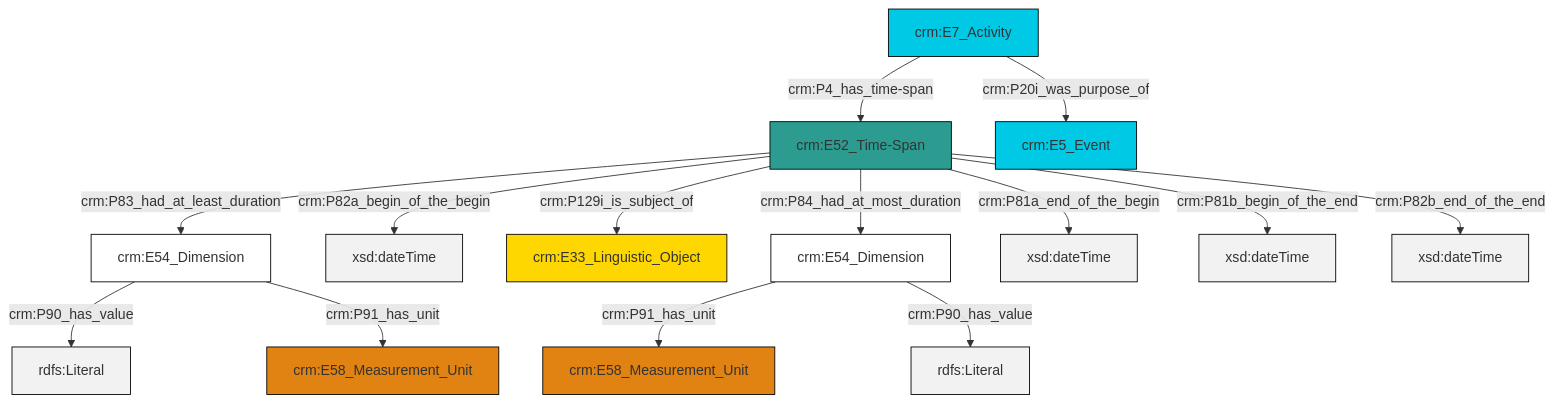
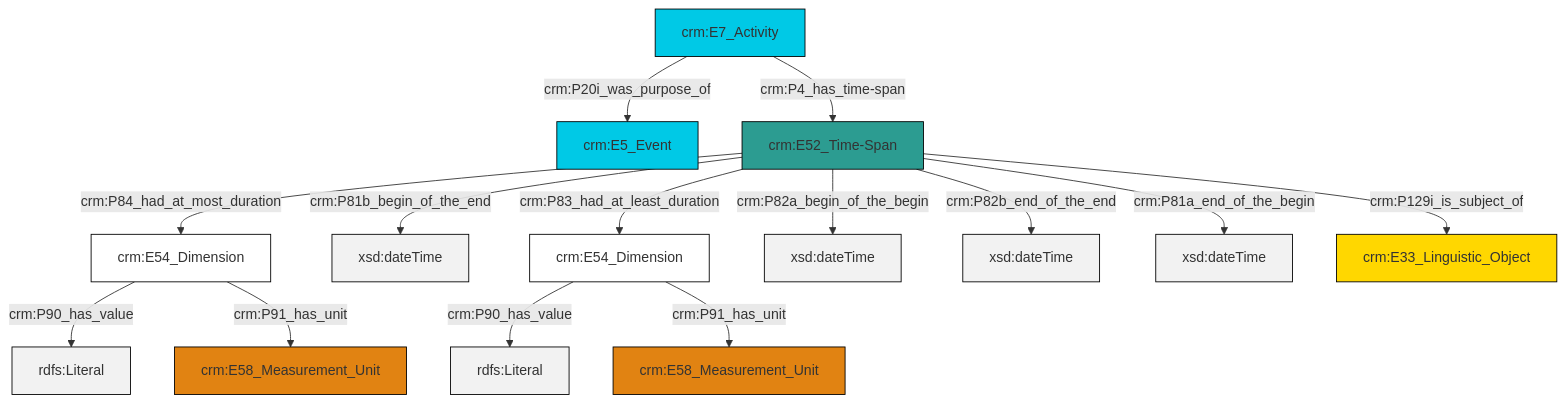
One commit to swiss-art-research-net/reference-data-models changed the diagram in et/eventCSV/ttl/mmd/event_existence.ttl.mmd. Above: the diagram before and after it, drawn with Mermaid. The commit also changed 125 other files, not shown here.

```diff
--- a/et/eventCSV/ttl/mmd/event_existence.ttl.mmd
+++ b/et/eventCSV/ttl/mmd/event_existence.ttl.mmd
@@ -1,28 +1,28 @@
 graph TD
 classDef Literal fill:#f2f2f2,stroke:#000000;
 classDef CRM_Entity fill:#FFFFFF,stroke:#000000;
 classDef Temporal_Entity fill:#00C9E6, stroke:#000000;
 classDef Type fill:#E18312, stroke:#000000;
 classDef Time-Span fill:#2C9C91, stroke:#000000;
 classDef Appellation fill:#FFEB7F, stroke:#000000;
 classDef Place fill:#008836, stroke:#000000;
 classDef Persistent_Item fill:#B266B2, stroke:#000000;
 classDef Conceptual_Object fill:#FFD700, stroke:#000000;
 classDef Physical_Thing fill:#D2B48C, stroke:#000000;
 classDef Actor fill:#f58aad, stroke:#000000;
 classDef PC_Classes fill:#4ce600, stroke:#000000;
 classDef Multi fill:#cccccc,stroke:#000000;
 
-0["crm:E52_Time-Span"]:::Time-Span -->|crm:P83_had_at_least_duration| 1["crm:E54_Dimension"]:::CRM_Entity
-0["crm:E52_Time-Span"]:::Time-Span -->|crm:P82a_begin_of_the_begin| 4[xsd:dateTime]:::Literal
-0["crm:E52_Time-Span"]:::Time-Span -->|crm:P84_had_at_most_duration| 7["crm:E54_Dimension"]:::CRM_Entity
-7["crm:E54_Dimension"]:::CRM_Entity -->|crm:P91_has_unit| 2["crm:E58_Measurement_Unit"]:::Type
-7["crm:E54_Dimension"]:::CRM_Entity -->|crm:P90_has_value| 10[rdfs:Literal]:::Literal
-0["crm:E52_Time-Span"]:::Time-Span -->|crm:P81a_end_of_the_begin| 11[xsd:dateTime]:::Literal
-8["crm:E7_Activity"]:::Temporal_Entity -->|crm:P20i_was_purpose_of| 12["crm:E5_Event"]:::Temporal_Entity
-1["crm:E54_Dimension"]:::CRM_Entity -->|crm:P90_has_value| 13[rdfs:Literal]:::Literal
-0["crm:E52_Time-Span"]:::Time-Span -->|crm:P81b_begin_of_the_end| 15[xsd:dateTime]:::Literal
-1["crm:E54_Dimension"]:::CRM_Entity -->|crm:P91_has_unit| 17["crm:E58_Measurement_Unit"]:::Type
-8["crm:E7_Activity"]:::Temporal_Entity -->|crm:P4_has_time-span| 0["crm:E52_Time-Span"]:::Time-Span
-0["crm:E52_Time-Span"]:::Time-Span -->|crm:P129i_is_subject_of| 5["crm:E33_Linguistic_Object"]:::Conceptual_Object
-0["crm:E52_Time-Span"]:::Time-Span -->|crm:P82b_end_of_the_end| 20[xsd:dateTime]:::Literal
+2["crm:E7_Activity"]:::Temporal_Entity -->|crm:P20i_was_purpose_of| 3["crm:E5_Event"]:::Temporal_Entity
+4["crm:E52_Time-Span"]:::Time-Span -->|crm:P81b_begin_of_the_end| 5[xsd:dateTime]:::Literal
+4["crm:E52_Time-Span"]:::Time-Span -->|crm:P82a_begin_of_the_begin| 8[xsd:dateTime]:::Literal
+4["crm:E52_Time-Span"]:::Time-Span -->|crm:P84_had_at_most_duration| 6["crm:E54_Dimension"]:::CRM_Entity
+6["crm:E54_Dimension"]:::CRM_Entity -->|crm:P90_has_value| 10[rdfs:Literal]:::Literal
+6["crm:E54_Dimension"]:::CRM_Entity -->|crm:P91_has_unit| 11["crm:E58_Measurement_Unit"]:::Type
+4["crm:E52_Time-Span"]:::Time-Span -->|crm:P82b_end_of_the_end| 12[xsd:dateTime]:::Literal
+2["crm:E7_Activity"]:::Temporal_Entity -->|crm:P4_has_time-span| 4["crm:E52_Time-Span"]:::Time-Span
+0["crm:E54_Dimension"]:::CRM_Entity -->|crm:P90_has_value| 13[rdfs:Literal]:::Literal
+4["crm:E52_Time-Span"]:::Time-Span -->|crm:P83_had_at_least_duration| 0["crm:E54_Dimension"]:::CRM_Entity
+0["crm:E54_Dimension"]:::CRM_Entity -->|crm:P91_has_unit| 14["crm:E58_Measurement_Unit"]:::Type
+4["crm:E52_Time-Span"]:::Time-Span -->|crm:P81a_end_of_the_begin| 15[xsd:dateTime]:::Literal
+4["crm:E52_Time-Span"]:::Time-Span -->|crm:P129i_is_subject_of| 17["crm:E33_Linguistic_Object"]:::Conceptual_Object
```
